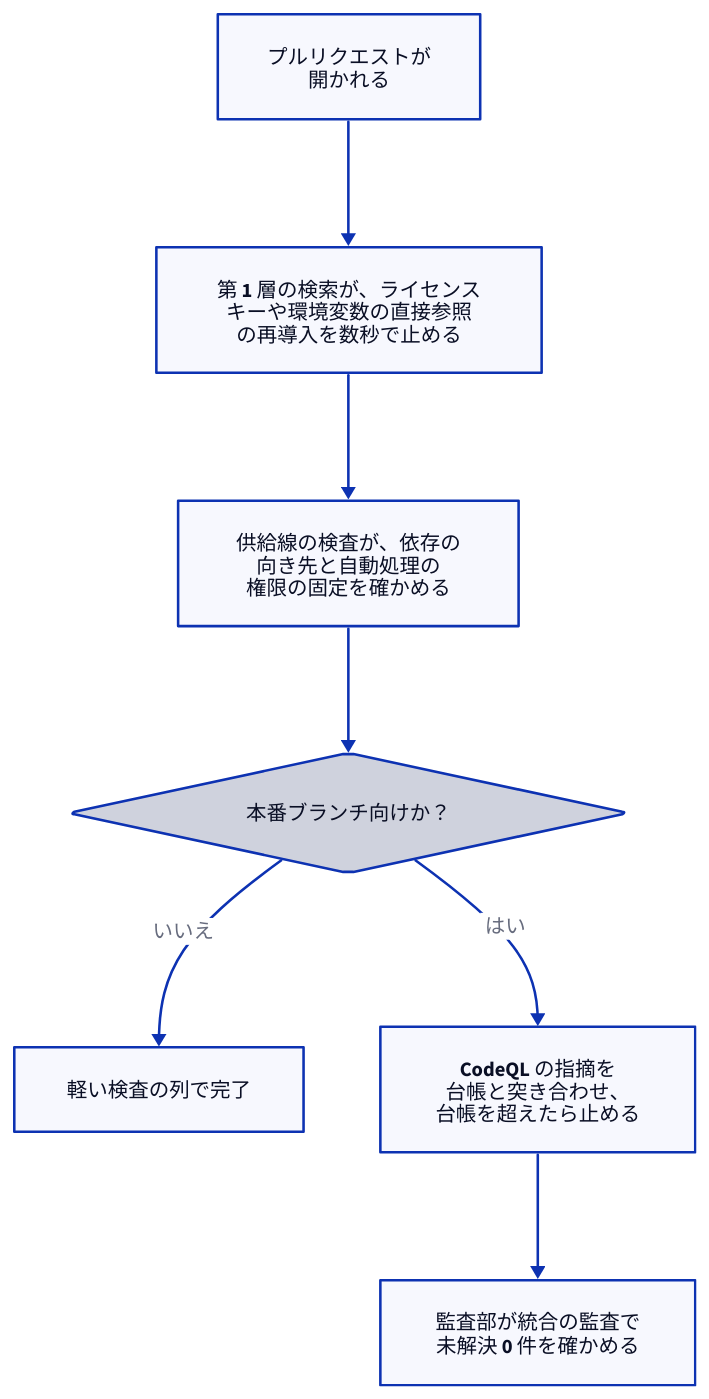
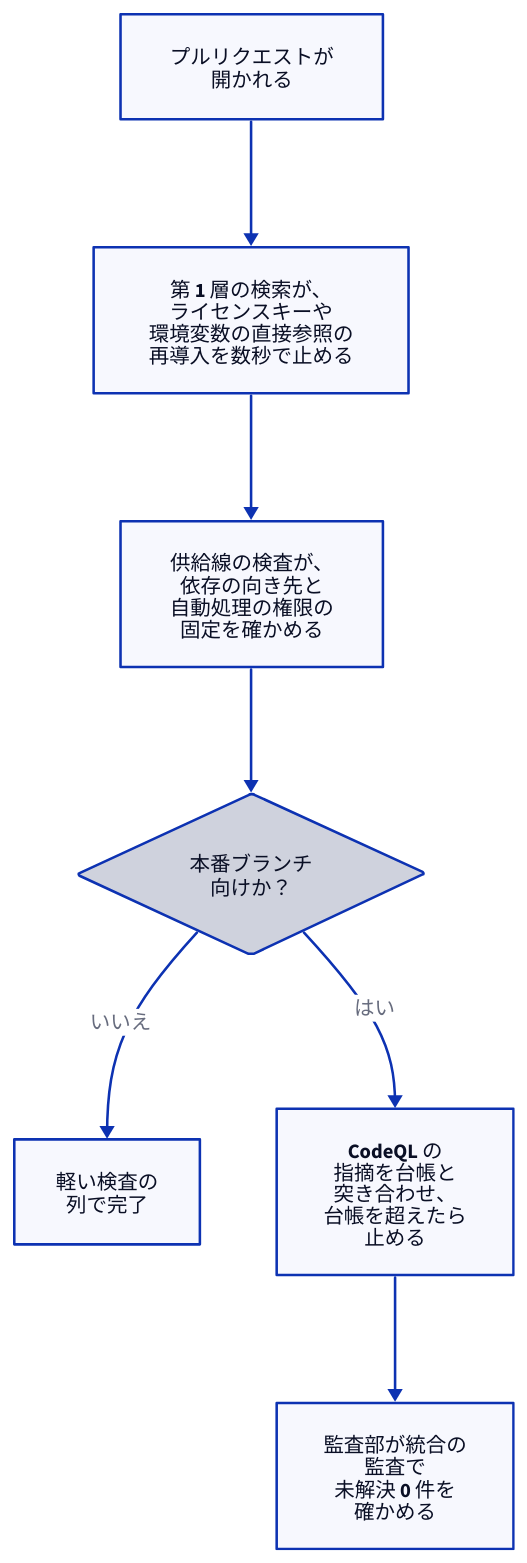
One commit to Takenori-Kusaka/publishing-hub changed the diagram in images/ganbari-quest-design/security-scans.d2. Above: the diagram before and after it, drawn with D2. The commit also changed 78 other files, not shown here.

First line of the commit message:
fix(diagrams): 自然幅が 480px を超えていた図 26 枚を縦に積んで描き直す

```diff
--- a/images/ganbari-quest-design/security-scans.d2
+++ b/images/ganbari-quest-design/security-scans.d2
@@ -1,25 +1,26 @@
 # 安全の検査の流れ（正本: books/ganbari-quest-design/security-scans.md）
 # 一方向のフローなので layout は dagre（TALA は公式に「DAG は苦手」と明記）。
 # 図だけで読めるように、各箱に「誰が何をするか」を文で書く。
-# 自然幅を 700px に収めるため 1 列にし、1 行は 18 字までにする。
+# 幅 390px の電話で文字が潰れないよう、自然幅を 480px に収める（Zenn は本文幅を超える画像を縮小する）。
+# そのため 1 列にし、1 行は 10 字までにする。分岐の先で横に並ぶ箱と菱形は 7 字までで折る。
 vars: {
   d2-config: {
     layout-engine: dagre
   }
 }
 direction: down
 
 P: "プルリクエストが\n開かれる"
-G: "第 1 層の検索が、ライセンス\nキーや環境変数の直接参照\nの再導入を数秒で止める"
-D: "供給線の検査が、依存の\n向き先と自動処理の\n権限の固定を確かめる"
-Q: "本番ブランチ向けか？" { shape: diamond }
-L: "軽い検査の列で完了"
-C: "CodeQL の指摘を\n台帳と突き合わせ、\n台帳を超えたら止める"
-A: "監査部が統合の監査で\n未解決 0 件を確かめる"
+G: "第 1 層の検索が、\nライセンスキーや\n環境変数の直接参照の\n再導入を数秒で止める"
+D: "供給線の検査が、\n依存の向き先と\n自動処理の権限の\n固定を確かめる"
+Q: "本番ブランチ\n向けか？" { shape: diamond }
+L: "軽い検査の\n列で完了"
+C: "CodeQL の\n指摘を台帳と\n突き合わせ、\n台帳を超えたら\n止める"
+A: "監査部が統合の\n監査で\n未解決 0 件を\n確かめる"
 
 P -> G
 G -> D
 D -> Q
 Q -> L: "いいえ"
 Q -> C: "はい"
 C -> A
```
